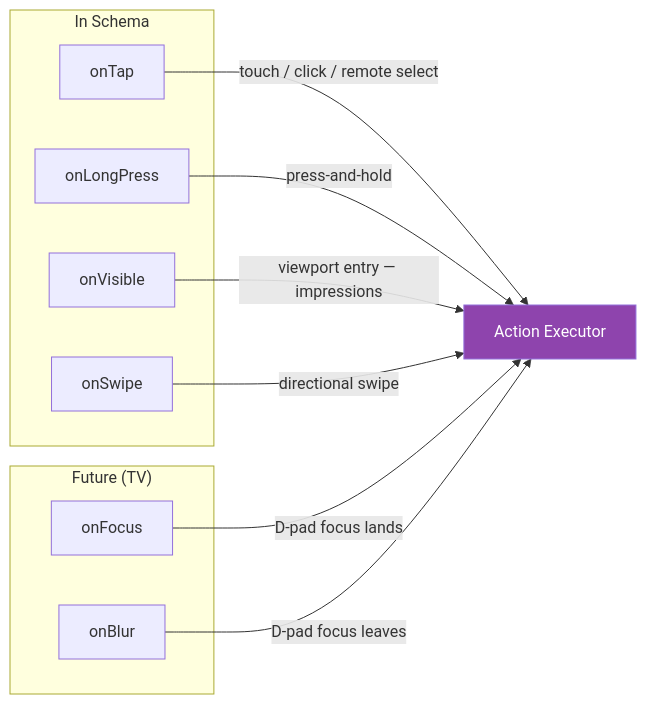
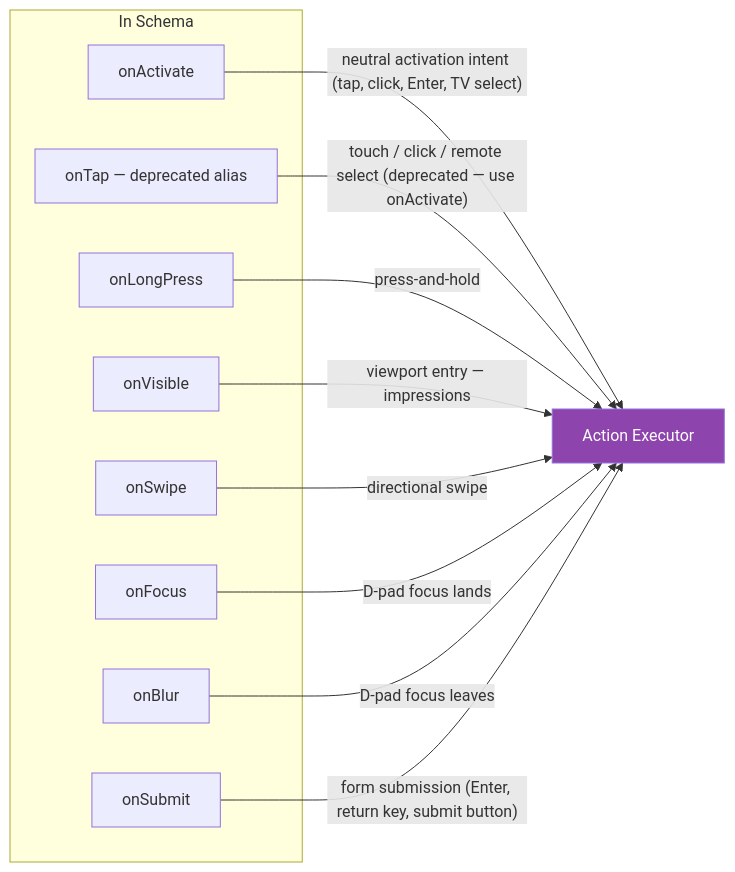
One commit to bakburner/sdui-learn changed the third of 12 diagrams in docs/sdui-requirements-summary.md. Above: the diagram before and after it, drawn with Mermaid. The commit also changed other lines of this file and 78 other files, not shown here.

````diff
--- a/docs/sdui-requirements-summary.md
+++ b/docs/sdui-requirements-summary.md
@@ -282,22 +282,24 @@
 ```mermaid
 graph LR
     subgraph "In Schema"
-        T[onTap] 
+        A[onActivate]
+        T[onTap — deprecated alias]
         LP[onLongPress]
         V[onVisible]
         SW[onSwipe]
-    end
-    subgraph "Future (TV)"
         F[onFocus]
         BL[onBlur]
+        S[onSubmit]
     end
     
-    T -->|"touch / click / remote select"| EX[Action Executor]
+    A -->|"neutral activation intent (tap, click, Enter, TV select)"| EX[Action Executor]
+    T -->|"touch / click / remote select (deprecated — use onActivate)"| EX
     LP -->|"press-and-hold"| EX
     V -->|"viewport entry — impressions"| EX
     SW -->|"directional swipe"| EX
     F -->|"D-pad focus lands"| EX
     BL -->|"D-pad focus leaves"| EX
+    S -->|"form submission (Enter, return key, submit button)"| EX
     
     style EX fill:#8E44AD,color:#fff
 ```
````
